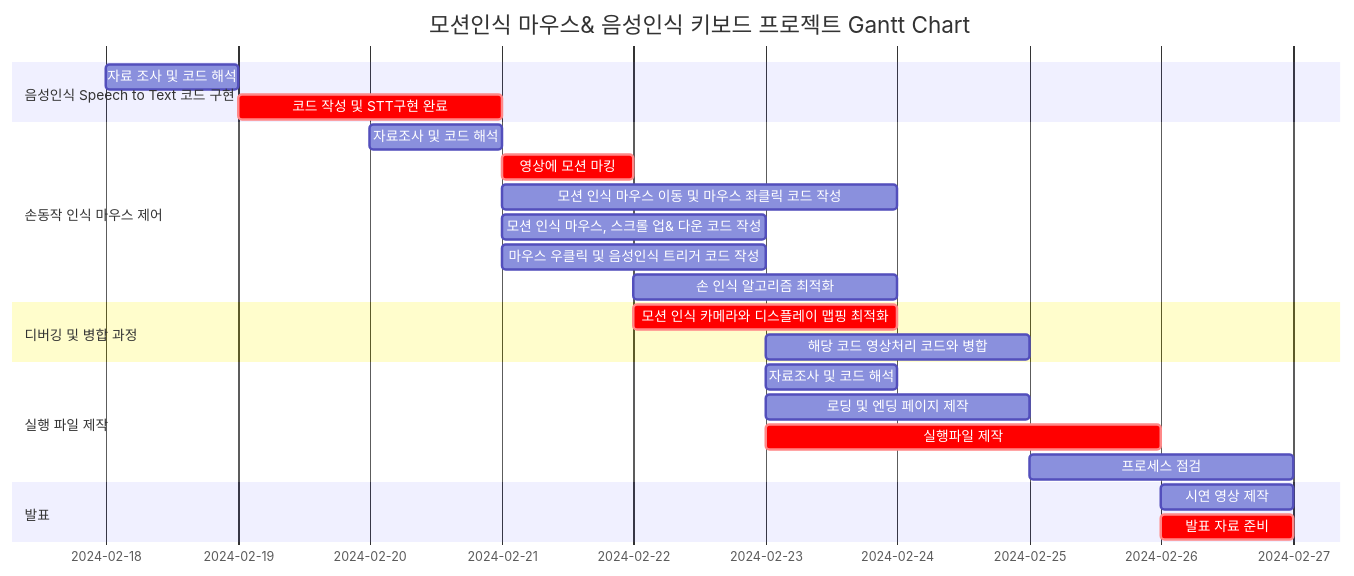
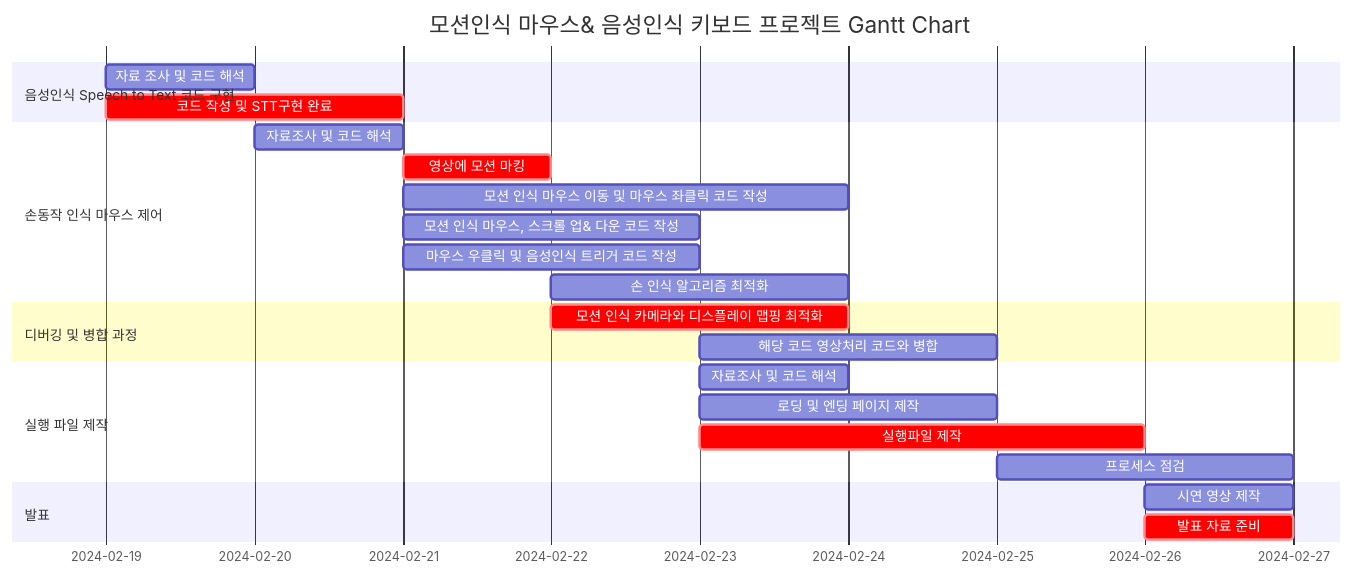
The diagram in README.md (CodeMystero/motionKeyboardMouse), drawn with Mermaid before and after one commit.

````diff
--- a/README.md
+++ b/README.md
@@ -73,32 +73,32 @@
 ```mermaid
 gantt
     dateFormat  MM-DD-YYYY
     title       모션인식 마우스& 음성인식 키보드 프로젝트 Gantt Chart
 	
 	section 음성인식 Speech to Text 코드 구현
-		자료 조사 및 코드 해석 :2024-02-18, 1d
+		자료 조사 및 코드 해석 :2024-02-19, 1d
                 코드 작성 및 STT구현 완료  :crit, 2024-02-19, 2d
 	
 	section 손동작 인식 마우스 제어
 		자료조사 및 코드 해석	: 2024-02-20, 1d
 		영상에 모션 마킹  :crit, 2024-02-21, 1d
 		모션 인식 마우스 이동 및 마우스 좌클릭 코드 작성 : 2024-02-21, 3d
 		모션 인식 마우스, 스크롤 업& 다운 코드 작성 : 2024-02-21, 2d
 		마우스 우클릭 및 음성인식 트리거 코드 작성  : 2024-02-21, 2d
 		손 인식 알고리즘 최적화 : 2024-02-22, 2d
 
 	section 디버깅 및 병합 과정
 		모션 인식 카메라와 디스플레이 맵핑 최적화 : crit, 2024-02-22, 2d
 		해당 코드 영상처리 코드와 병합 :2024-02-23, 2d
 
 	section 실행 파일 제작
 		자료조사 및 코드 해석 : 2024-02-23, 1d
 		로딩 및 엔딩 페이지 제작 : 2024-02-23, 2d
 		실행파일 제작 : crit, 2024-02-23, 3d
 		프로세스 점검 : cirt, 2024-02-25, 2d
 
 	section 발표
 		시연 영상 제작 : 2024-02-26, 1d
 		발표 자료 준비 : crit, 2024-02-26, 1d
 
 ```
````
